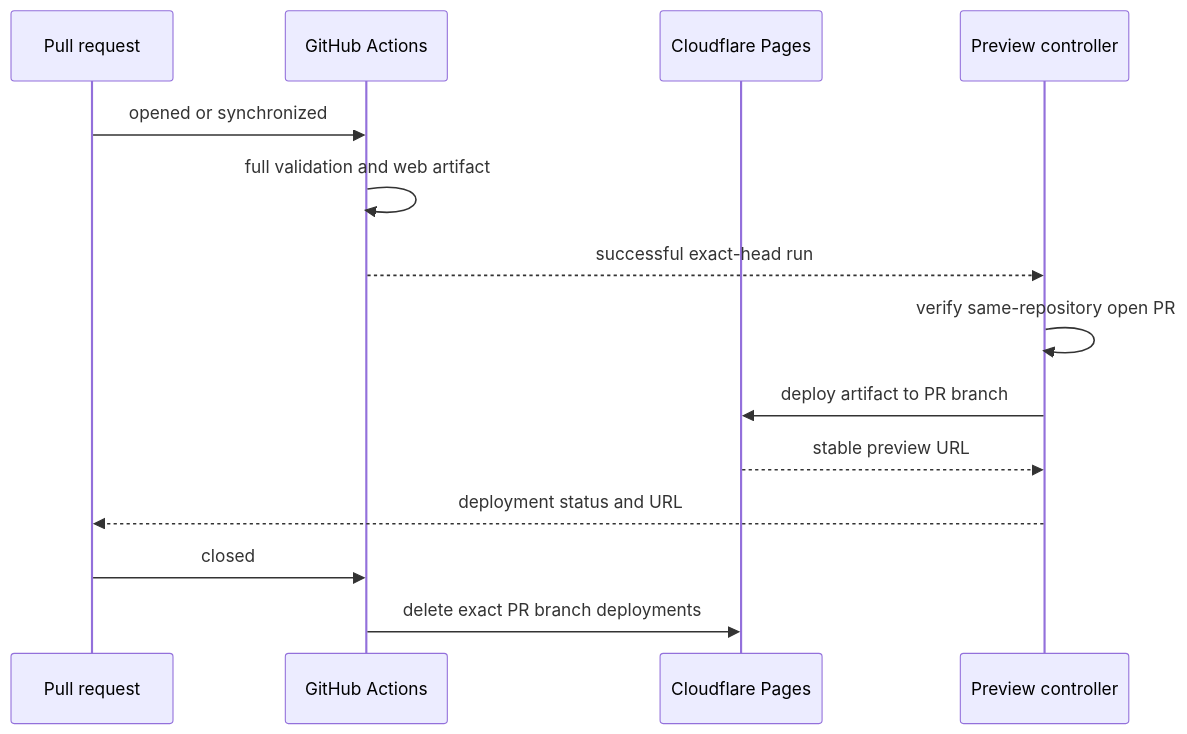
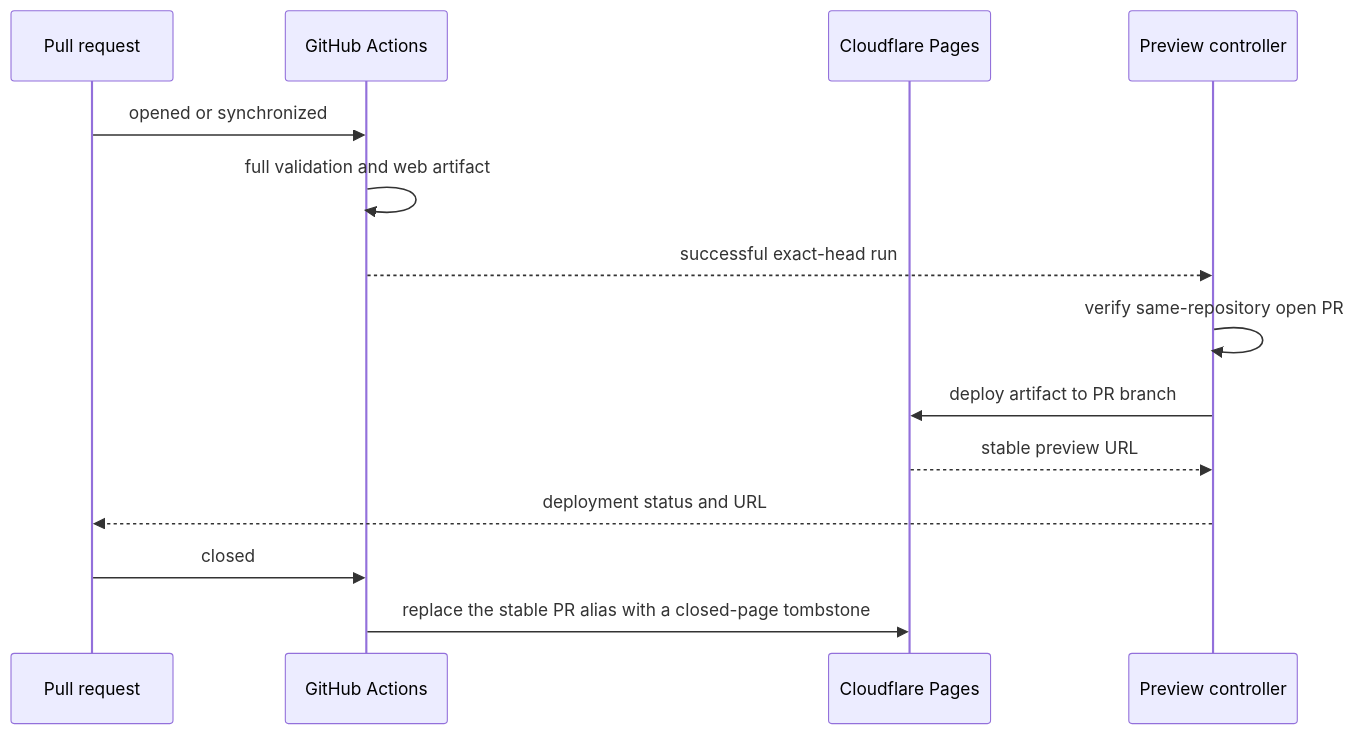
The diagram in tasks/developer-experience-engineering/40-testing-delivery.md (InKCre/client-web), drawn with Mermaid before and after one commit. The commit also changed other lines of this file and 5 other files, not shown here.

````diff
--- a/tasks/developer-experience-engineering/40-testing-delivery.md
+++ b/tasks/developer-experience-engineering/40-testing-delivery.md
@@ -58,17 +58,17 @@
 ```mermaid
 sequenceDiagram
   participant PR as Pull request
   participant CI as GitHub Actions
   participant Pages as Cloudflare Pages
   participant Preview as Preview controller
 
   PR->>CI: opened or synchronized
   CI->>CI: full validation and web artifact
   CI-->>Preview: successful exact-head run
   Preview->>Preview: verify same-repository open PR
   Preview->>Pages: deploy artifact to PR branch
   Pages-->>Preview: stable preview URL
   Preview-->>PR: deployment status and URL
   PR->>CI: closed
-  CI->>Pages: delete exact PR branch deployments
+  CI->>Pages: replace the stable PR alias with a closed-page tombstone
 ```
````
